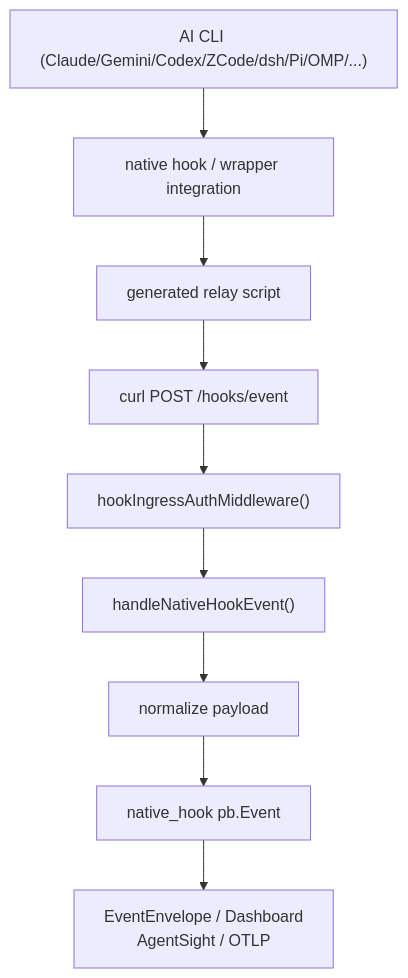
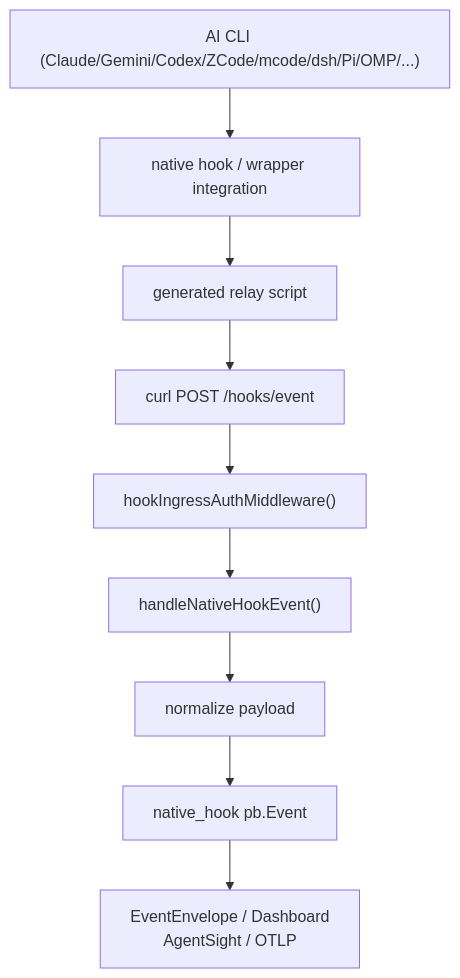
The diagram in docs/integrations/native-hooks.md (stevessr/agent-ebpf-filter), drawn with Mermaid before and after one commit. The commit also changed other lines of this file and 16 other files, not shown here.

````diff
--- a/docs/integrations/native-hooks.md
+++ b/docs/integrations/native-hooks.md
@@ -9,11 +9,11 @@
 ```mermaid
 flowchart TD
-    CLI["AI CLI (Claude/Gemini/Codex/ZCode/dsh/Pi/OMP/...)"] --> Hook["native hook / wrapper integration"]
+    CLI["AI CLI (Claude/Gemini/Codex/ZCode/mcode/dsh/Pi/OMP/...)"] --> Hook["native hook / wrapper integration"]
     Hook --> Relay["generated relay script"]
     Relay --> Curl["curl POST /hooks/event"]
     Curl --> Auth["hookIngressAuthMiddleware()"]
     Auth --> Handler["handleNativeHookEvent()"]
     Handler --> Normalize["normalize payload"]
     Normalize --> Event["native_hook pb.Event"]
     Event --> Sinks["EventEnvelope / Dashboard<br/>AgentSight / OTLP"]
 ```
````
